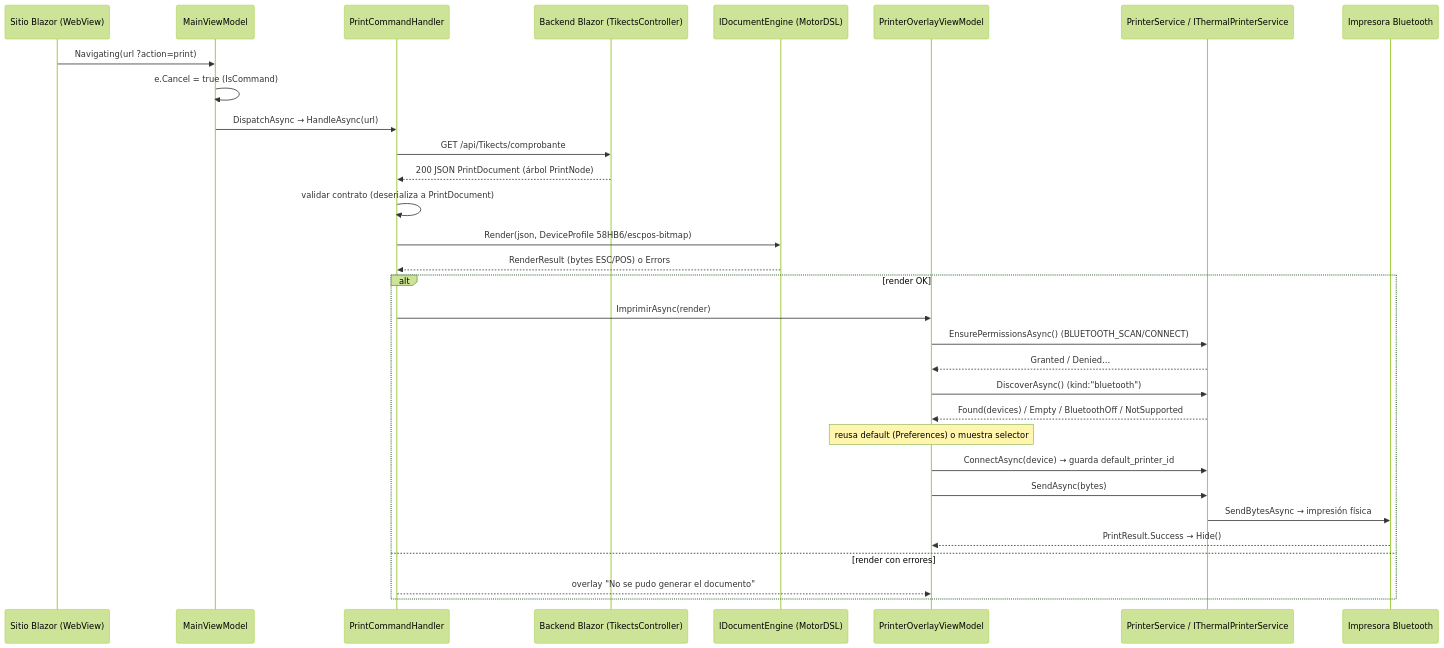
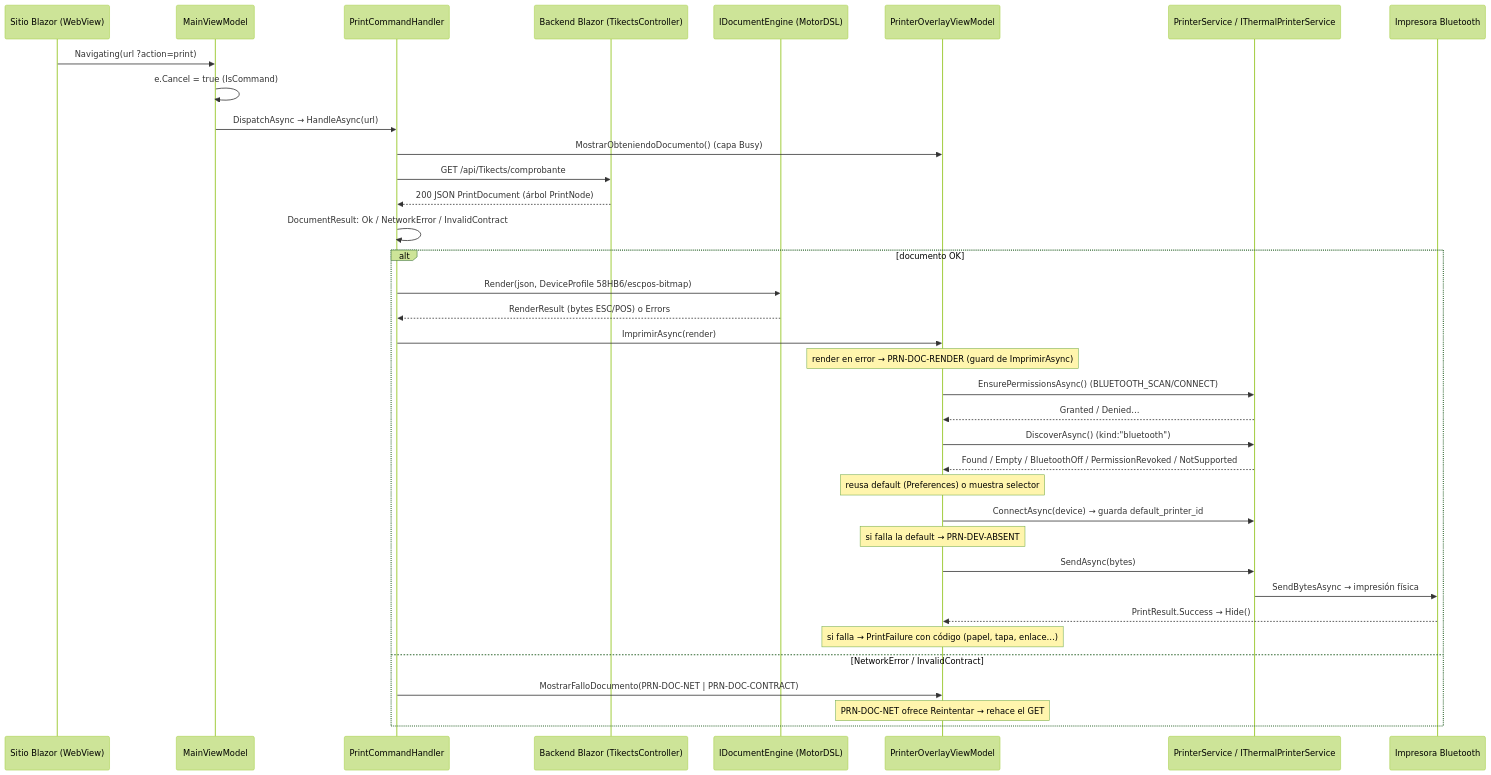
Before and after one commit to UTN-FRP-TUP-Aplicada-2025/Ejemplos_Maui_Devices.Documentos: the second of 2 diagrams in ia-db/indexes/08_App-Hibrida-Integrada.md, drawn with Mermaid (forest theme). The commit also changed other lines of this file and 6 other files, not shown here.

First line of the commit message:
docs: catalogo de errores de impresion y documento tipado

````diff
--- a/ia-db/indexes/08_App-Hibrida-Integrada.md
+++ b/ia-db/indexes/08_App-Hibrida-Integrada.md
@@ -213,34 +223,39 @@
 ```mermaid
 sequenceDiagram
     participant Web as Sitio Blazor (WebView)
     participant VM as MainViewModel
     participant PH as PrintCommandHandler
     participant API as Backend Blazor (TikectsController)
     participant ENG as IDocumentEngine (MotorDSL)
     participant OVM as PrinterOverlayViewModel
     participant SVC as PrinterService / IThermalPrinterService
     participant BT as Impresora Bluetooth
 
     Web->>VM: Navigating(url ?action=print)
     VM->>VM: e.Cancel = true (IsCommand)
     VM->>PH: DispatchAsync → HandleAsync(url)
+    PH->>OVM: MostrarObteniendoDocumento() (capa Busy)
     PH->>API: GET /api/Tikects/comprobante
     API-->>PH: 200 JSON PrintDocument (árbol PrintNode)
-    PH->>PH: validar contrato (deserializa a PrintDocument)
-    PH->>ENG: Render(json, DeviceProfile 58HB6/escpos-bitmap)
-    ENG-->>PH: RenderResult (bytes ESC/POS) o Errors
-    alt render OK
+    PH->>PH: DocumentResult: Ok / NetworkError / InvalidContract
+    alt documento OK
+        PH->>ENG: Render(json, DeviceProfile 58HB6/escpos-bitmap)
+        ENG-->>PH: RenderResult (bytes ESC/POS) o Errors
         PH->>OVM: ImprimirAsync(render)
+        Note over OVM: render en error → PRN-DOC-RENDER (guard de ImprimirAsync)
         OVM->>SVC: EnsurePermissionsAsync() (BLUETOOTH_SCAN/CONNECT)
         SVC-->>OVM: Granted / Denied…
         OVM->>SVC: DiscoverAsync() (kind:"bluetooth")
-        SVC-->>OVM: Found(devices) / Empty / BluetoothOff / NotSupported
+        SVC-->>OVM: Found / Empty / BluetoothOff / PermissionRevoked / NotSupported
         Note over OVM: reusa default (Preferences) o muestra selector
         OVM->>SVC: ConnectAsync(device) → guarda default_printer_id
+        Note over OVM: si falla la default → PRN-DEV-ABSENT
         OVM->>SVC: SendAsync(bytes)
         SVC->>BT: SendBytesAsync → impresión física
         BT-->>OVM: PrintResult.Success → Hide()
-    else render con errores
-        PH-->>OVM: overlay "No se pudo generar el documento"
+        Note over OVM: si falla → PrintFailure con código (papel, tapa, enlace…)
+    else NetworkError / InvalidContract
+        PH->>OVM: MostrarFalloDocumento(PRN-DOC-NET | PRN-DOC-CONTRACT)
+        Note over OVM: PRN-DOC-NET ofrece Reintentar → rehace el GET
     end
 ```
````
